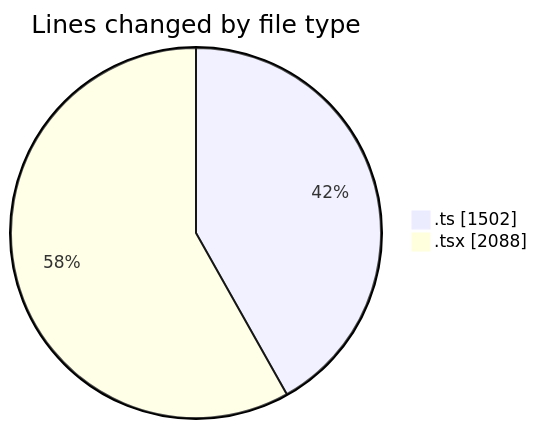
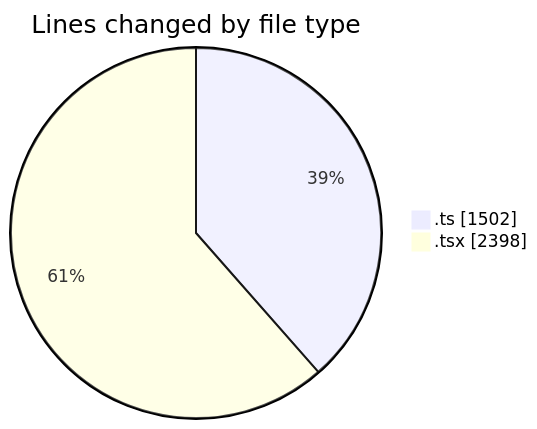
The first of 2 diagrams in 2026-03-04/nxtqube_webapp/README.md (nxtqubesakshisongat/code-tracking), drawn with Mermaid before and after one commit. The commit also changed other lines of this file and 1 other file, not shown here.

````diff
--- a/2026-03-04/nxtqube_webapp/README.md
+++ b/2026-03-04/nxtqube_webapp/README.md
@@ -26,6 +26,6 @@
 ```mermaid
 pie showData
 title Lines changed by file type
 ".ts" : 1502
-".tsx" : 2088
+".tsx" : 2398
 ```
````
